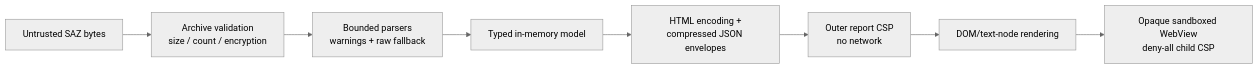
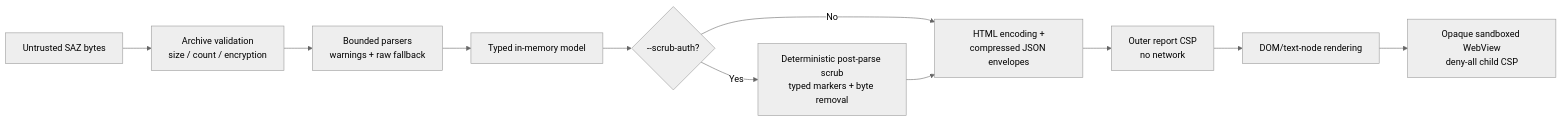
Before and after one commit to macienMSFT/Saz-Viewer: the diagram in docs/architecture/security.md, drawn with Mermaid (neutral theme). The commit also changed other lines of this file and 10 other files, not shown here.

````diff
--- a/docs/architecture/security.md
+++ b/docs/architecture/security.md
@@ -5,10 +5,13 @@
 ```mermaid
 flowchart LR
     U["Untrusted SAZ bytes"] --> A["Archive validation<br/>size / count / encryption"]
     A --> P["Bounded parsers<br/>warnings + raw fallback"]
     P --> M["Typed in-memory model"]
-    M --> E["HTML encoding +<br/>compressed JSON envelopes"]
+    M --> S{"--scrub-auth?"}
+    S -->|No| E["HTML encoding +<br/>compressed JSON envelopes"]
+    S -->|Yes| R["Deterministic post-parse scrub<br/>typed markers + byte removal"]
+    R --> E
     E --> B["Outer report CSP<br/>no network"]
     B --> D["DOM/text-node rendering"]
     D --> W["Opaque sandboxed WebView<br/>deny-all child CSP"]
 ```
````
